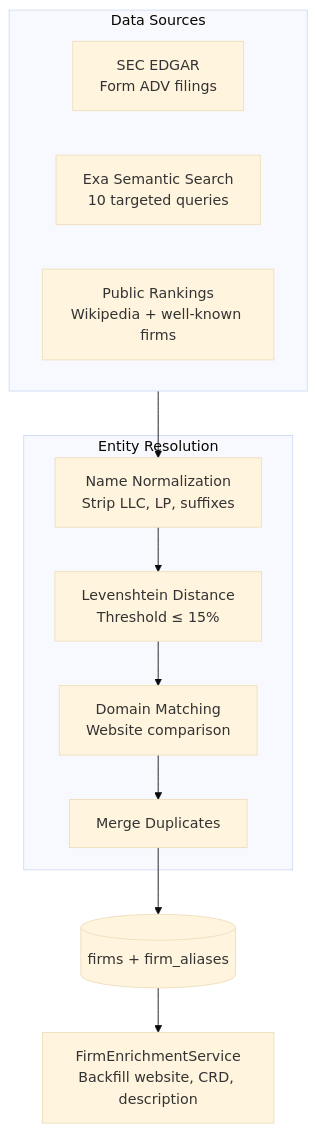
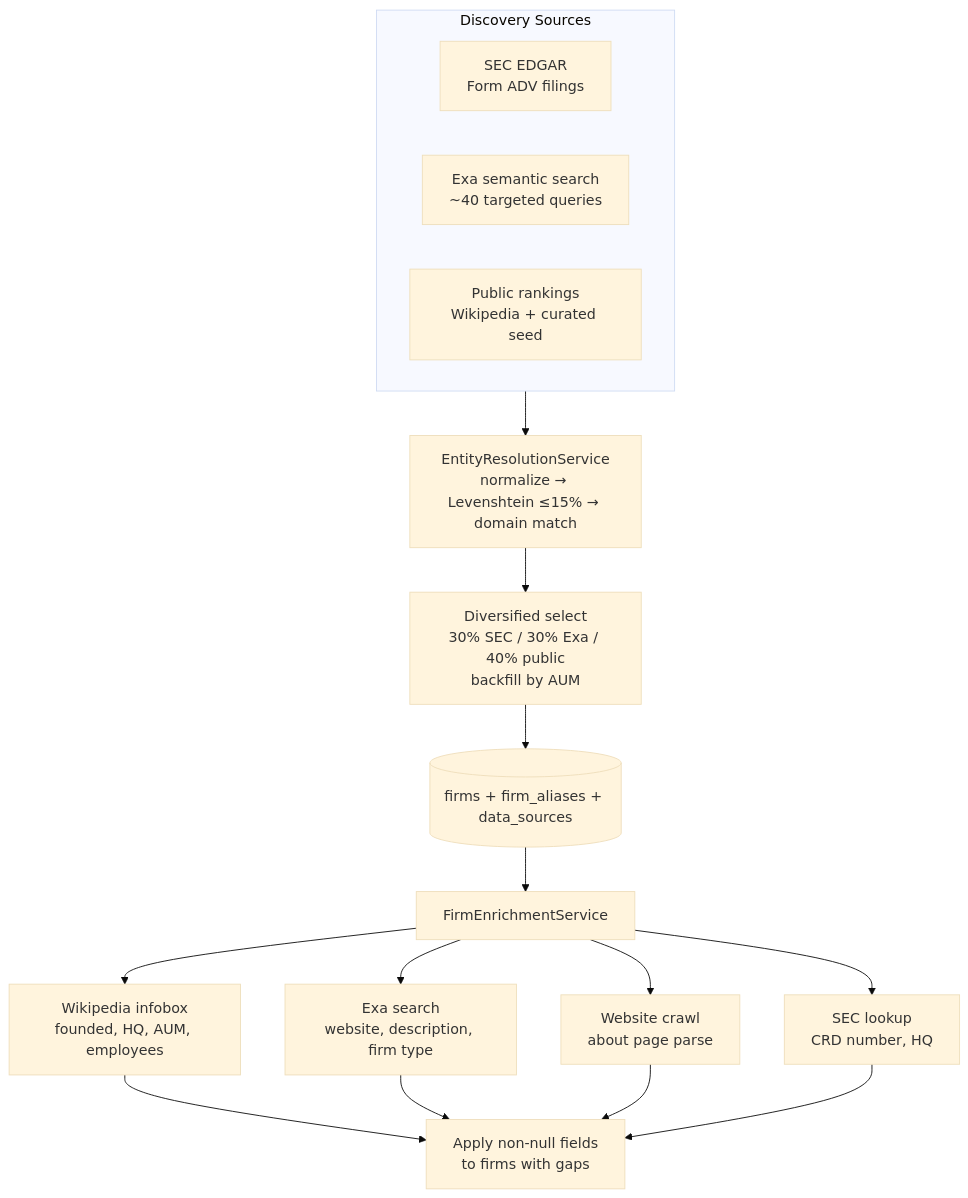
One commit to GuilhermeDaSilvaFerreira/ai-usage-scraper changed the second of 6 diagrams in backend/docs/data-extraction-pipeline/PIPELINE.md. Above: the diagram before and after it, drawn with Mermaid (base theme). The commit also changed other lines of this file and 7 other files, not shown here.

````diff
--- a/backend/docs/data-extraction-pipeline/PIPELINE.md
+++ b/backend/docs/data-extraction-pipeline/PIPELINE.md
@@ -29,19 +28,20 @@
 ```mermaid
 flowchart TB
-    subgraph sources [Data Sources]
-        SEC[SEC EDGAR\nForm ADV filings]
-        EXA[Exa Semantic Search\n10 targeted queries]
-        PUB[Public Rankings\nWikipedia + well-known firms]
+    subgraph sources [Discovery Sources]
+        SEC[SEC EDGAR<br/>Form ADV filings]
+        EXA[Exa semantic search<br/>~40 targeted queries]
+        PUB[Public rankings<br/>Wikipedia + curated seed]
     end
 
-    subgraph resolution [Entity Resolution]
-        NORM[Name Normalization\nStrip LLC, LP, suffixes]
-        LEV[Levenshtein Distance\nThreshold ≤ 15%]
-        DOM[Domain Matching\nWebsite comparison]
-        MERGE[Merge Duplicates]
-    end
+    sources --> ER[EntityResolutionService<br/>normalize → Levenshtein ≤15% → domain match]
+    ER --> DIV[Diversified select<br/>30% SEC / 30% Exa / 40% public<br/>backfill by AUM]
+    DIV --> DB[(firms + firm_aliases + data_sources)]
+    DB --> ENRICH[FirmEnrichmentService]
 
-    sources --> NORM --> LEV --> DOM --> MERGE
-    MERGE --> DB[(firms + firm_aliases)]
-    DB --> ENRICH[FirmEnrichmentService\nBackfill website, CRD, description]
+    ENRICH --> WIKI[Wikipedia infobox<br/>founded, HQ, AUM, employees]
+    ENRICH --> EXA2[Exa search<br/>website, description, firm type]
+    ENRICH --> WCRAWL[Website crawl<br/>about page parse]
+    ENRICH --> SECLOOKUP[SEC lookup<br/>CRD number, HQ]
+
+    WIKI & EXA2 & WCRAWL & SECLOOKUP --> ENRICH2[Apply non-null fields<br/>to firms with gaps]
 ```
````
